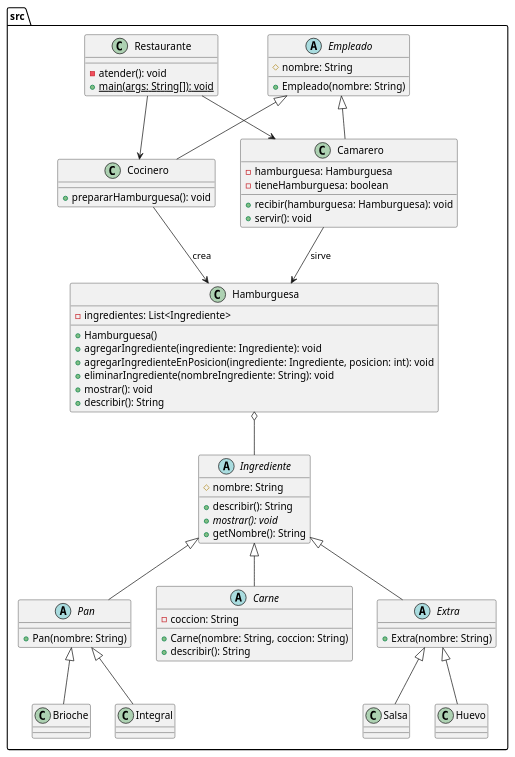
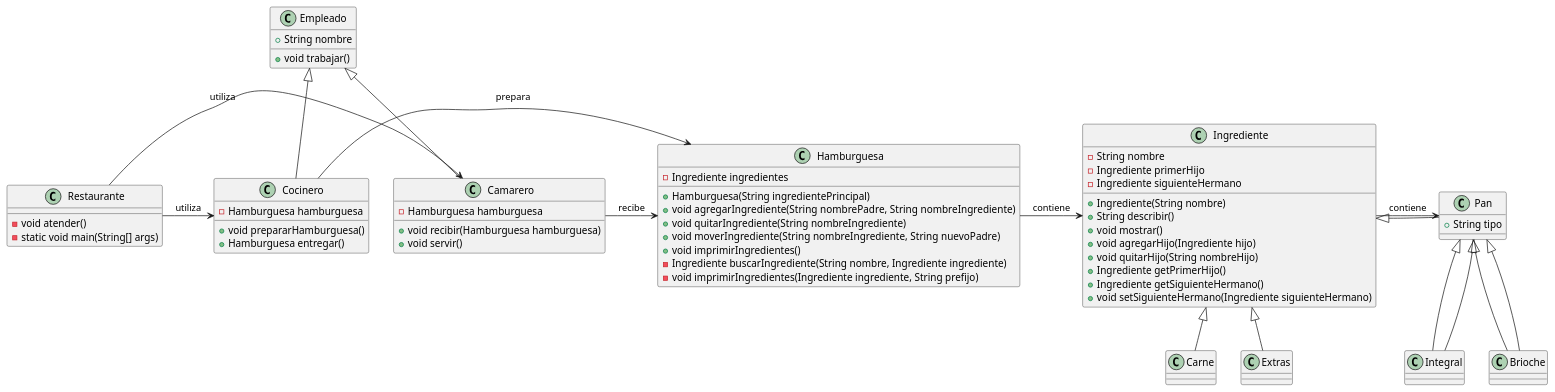
The diagram in modelosUML/Restaurante.puml (Ingenieria-Informatica-UNEATLANTICO/23-24-eda1-examen-extraordinario-Martinez-rosa), drawn with PlantUML before and after one commit. The commit also changed 2 other files, not shown here.

```diff
--- a/modelosUML/Restaurante.puml
+++ b/modelosUML/Restaurante.puml
@@ -1,75 +1,73 @@
 @startuml
 
-package src {
+class Restaurante {
+    - void atender()
+    - static void main(String[] args)
+}
 
-abstract class Ingrediente {
-  # nombre: String
-  + describir(): String
-  + {abstract} mostrar(): void
-  + getNombre(): String
+class Cocinero {
+    - Hamburguesa hamburguesa
+    + void prepararHamburguesa()
+    + Hamburguesa entregar()
+}
+
+class Camarero {
+    - Hamburguesa hamburguesa
+    + void recibir(Hamburguesa hamburguesa)
+    + void servir()
 }
 
 class Hamburguesa {
-  - ingredientes: List<Ingrediente>
-  + Hamburguesa()
-  + agregarIngrediente(ingrediente: Ingrediente): void
-  + agregarIngredienteEnPosicion(ingrediente: Ingrediente, posicion: int): void
-  + eliminarIngrediente(nombreIngrediente: String): void
-  + mostrar(): void
-  + describir(): String
+    - Ingrediente ingredientes
+    + Hamburguesa(String ingredientePrincipal)
+    + void agregarIngrediente(String nombrePadre, String nombreIngrediente)
+    + void quitarIngrediente(String nombreIngrediente)
+    + void moverIngrediente(String nombreIngrediente, String nuevoPadre)
+    + void imprimirIngredientes()
+    - Ingrediente buscarIngrediente(String nombre, Ingrediente ingrediente)
+    - void imprimirIngredientes(Ingrediente ingrediente, String prefijo)
 }
 
-abstract class Pan {
-  + Pan(nombre: String)
+class Ingrediente {
+    - String nombre
+    - Ingrediente primerHijo
+    - Ingrediente siguienteHermano
+    + Ingrediente(String nombre)
+    + String describir()
+    + void mostrar()
+    + void agregarHijo(Ingrediente hijo)
+    + void quitarHijo(String nombreHijo)
+    + Ingrediente getPrimerHijo()
+    + Ingrediente getSiguienteHermano()
+    + void setSiguienteHermano(Ingrediente siguienteHermano)
 }
 
-abstract class Carne {
-  - coccion: String
-  + Carne(nombre: String, coccion: String)
-  + describir(): String
+class Empleado {
+    + String nombre
+    + void trabajar()
 }
 
-abstract class Extra {
-  + Extra(nombre: String)
+Empleado <|-- Cocinero
+Empleado <|-- Camarero
+
+Ingrediente <|-- Carne
+Ingrediente <|-- Pan
+Ingrediente <|-- Extras
+
+class Pan {
+    + String tipo
 }
 
-abstract class Empleado {
-  # nombre: String
-  + Empleado(nombre: String)
-}
+Pan <|-- Integral
+Pan <|-- Brioche
 
-class Cocinero {
-  + prepararHamburguesa(): void
-}
-
-class Camarero {
-  - hamburguesa: Hamburguesa
-  - tieneHamburguesa: boolean
-  + recibir(hamburguesa: Hamburguesa): void
-  + servir(): void
-}
-
-class Restaurante {
-  - atender(): void
-  + {static} main(args: String[]): void
-}
-
-Ingrediente <|-- Pan
-Ingrediente <|-- Carne
-Ingrediente <|-- Extra
-Pan<|--Brioche
-Pan<|--Integral
-
-Extra <|--Salsa
-Extra<|--Huevo
-Empleado <|-- Cocinero
-Empleado <|-- Camarero
-Hamburguesa o-- Ingrediente
-Restaurante --> Cocinero
-Restaurante --> Camarero
-Cocinero --> Hamburguesa: crea
-Camarero --> Hamburguesa: sirve
-
-}
+Restaurante -> Cocinero : utiliza
+Restaurante -> Camarero : utiliza
+Cocinero -> Hamburguesa : prepara
+Camarero -> Hamburguesa : recibe
+Hamburguesa -> Ingrediente : contiene
+Ingrediente -> Pan : contiene
+Pan <|-- Integral
+Pan <|-- Brioche
 
 @enduml
```
